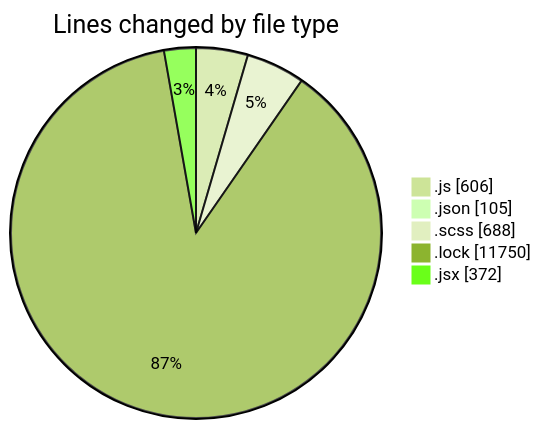
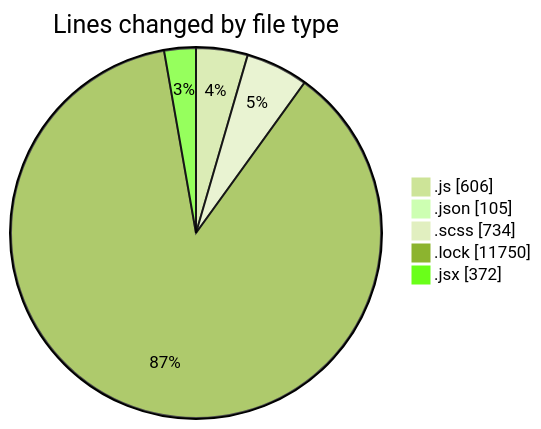
One commit to momahboobian/code-tracking changed the first of 2 diagrams in 2026-01-08/cda/README.md. Above: the diagram before and after it, drawn with Mermaid (forest theme). The commit also changed other lines of this file and 1 other file, not shown here.

````diff
--- a/2026-01-08/cda/README.md
+++ b/2026-01-08/cda/README.md
@@ -39,9 +39,9 @@
 ```mermaid
 pie showData
 title Lines changed by file type
 ".js" : 606
 ".json" : 105
-".scss" : 688
+".scss" : 734
 ".lock" : 11750
 ".jsx" : 372
 ```
````
